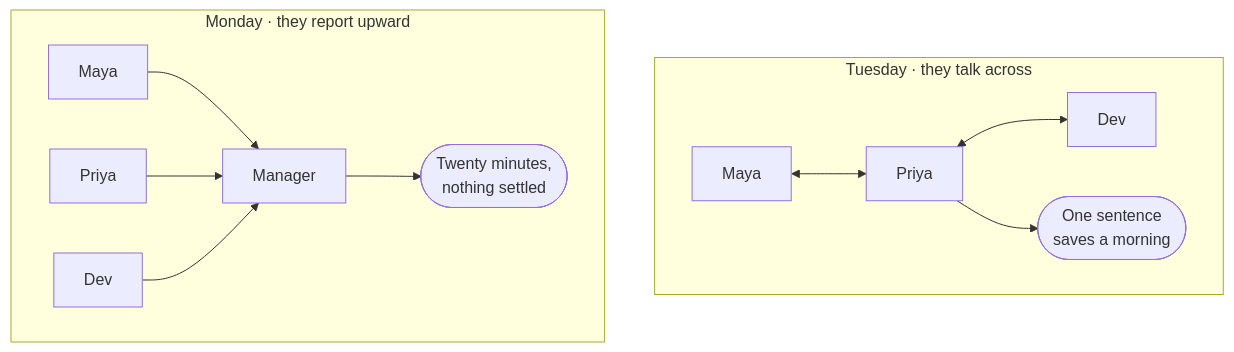
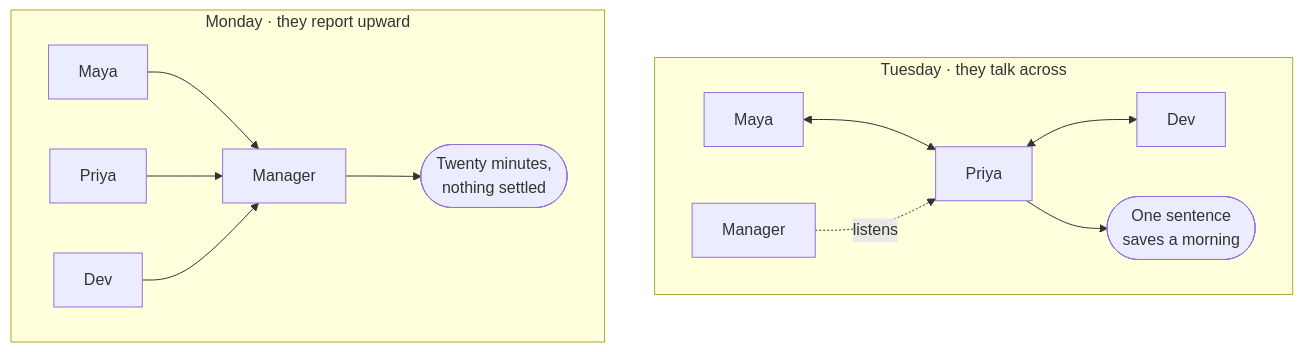
The first of 19 diagrams in examples/system-design-foundations.md (Laticent/lattice), drawn with Mermaid before and after one commit. The commit also changed other lines of this file and 1 other file, not shown here.

````diff
--- a/examples/system-design-foundations.md
+++ b/examples/system-design-foundations.md
@@ -227,16 +207,17 @@
 ```mermaid
 flowchart TB
   subgraph tue["Tuesday · they talk across"]
     direction LR
     T1["Maya"] <--> T2["Priya"]
     T2 <--> T3["Dev"]
+    T4["Manager"] -.->|"listens"| T2
     T2 --> OUT2(["One sentence<br/>saves a morning"])
   end
   subgraph mon["Monday · they report upward"]
     direction LR
     M1["Maya"] --> MM["Manager"]
     M2["Priya"] --> MM
     M3["Dev"] --> MM
     MM --> OUT1(["Twenty minutes,<br/>nothing settled"])
   end
 ```
````
